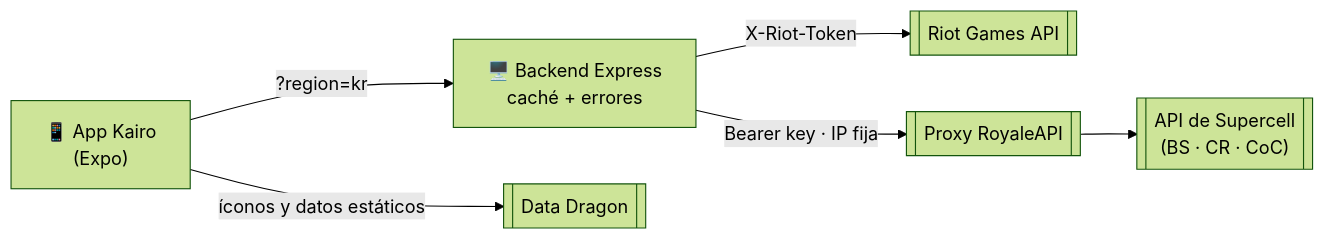
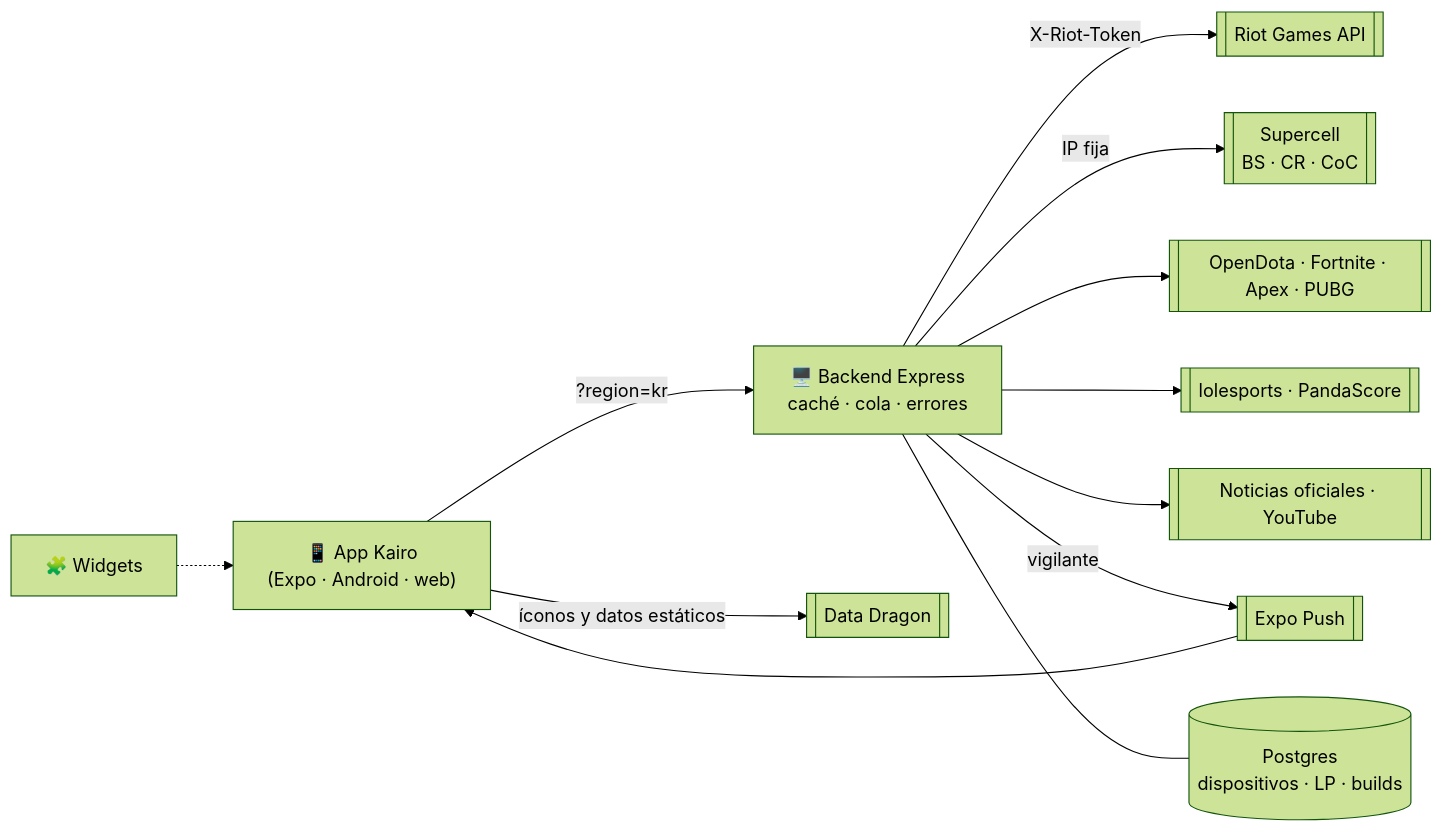
Before and after one commit to 0scar07/Kairo: the diagram in README.md, drawn with Mermaid (forest theme). The commit also changed other lines of this file and 1 other file, not shown here.

Commit message:
docs: README renovado con lo nuevo de la v1.5, widgets, 9 idiomas y la API al día (español e inglés)

````diff
--- a/README.md
+++ b/README.md
@@ -247,7 +318,13 @@
 ```mermaid
 flowchart LR
-    App["📱 App Kairo<br/>(Expo)"] -- "?region=kr" --> API["🖥️ Backend Express<br/>caché + errores"]
+    App["📱 App Kairo<br/>(Expo · Android · web)"] -- "?region=kr" --> API["🖥️ Backend Express<br/>caché · cola · errores"]
+    Widgets["🧩 Widgets"] -.-> App
     API -- "X-Riot-Token" --> Riot[["Riot Games API"]]
-    API -- "Bearer key · IP fija" --> Proxy[["Proxy RoyaleAPI"]] --> SC[["API de Supercell<br/>(BS · CR · CoC)"]]
+    API -- "IP fija" --> SC[["Supercell<br/>BS · CR · CoC"]]
+    API --> Others[["OpenDota · Fortnite · Apex · PUBG"]]
+    API --> Esports[["lolesports · PandaScore"]]
+    API --> Media[["Noticias oficiales · YouTube"]]
+    API -- "vigilante" --> Push[["Expo Push"]] --> App
+    API --- DB[("Postgres<br/>dispositivos · LP · builds")]
     App -- "íconos y datos estáticos" --> DD[["Data Dragon"]]
 ```
````
